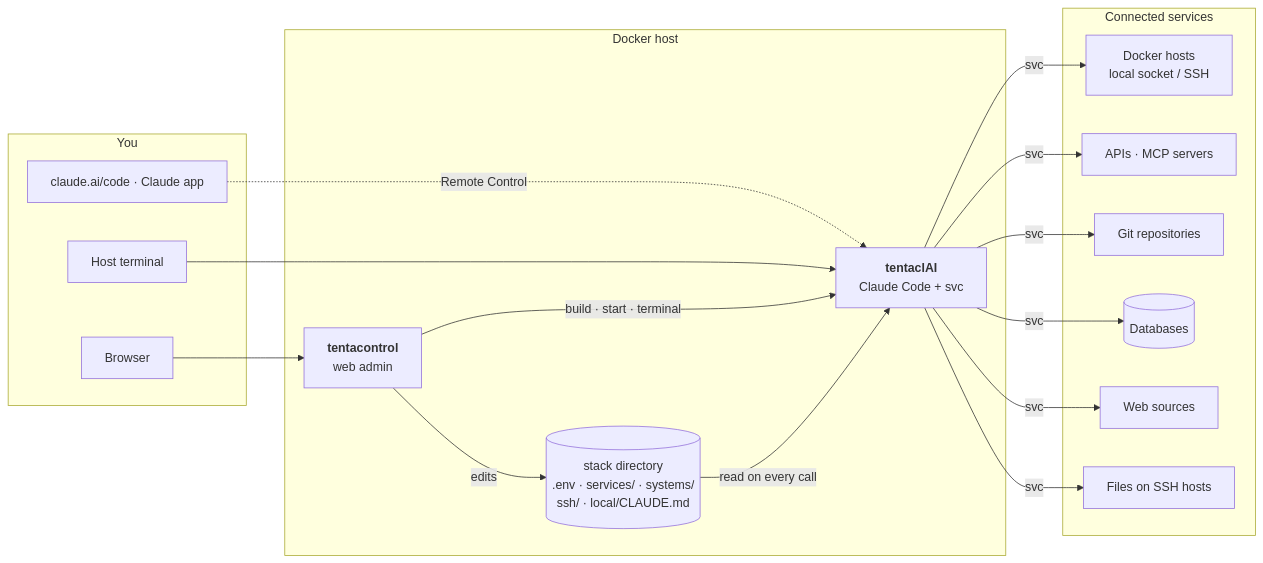
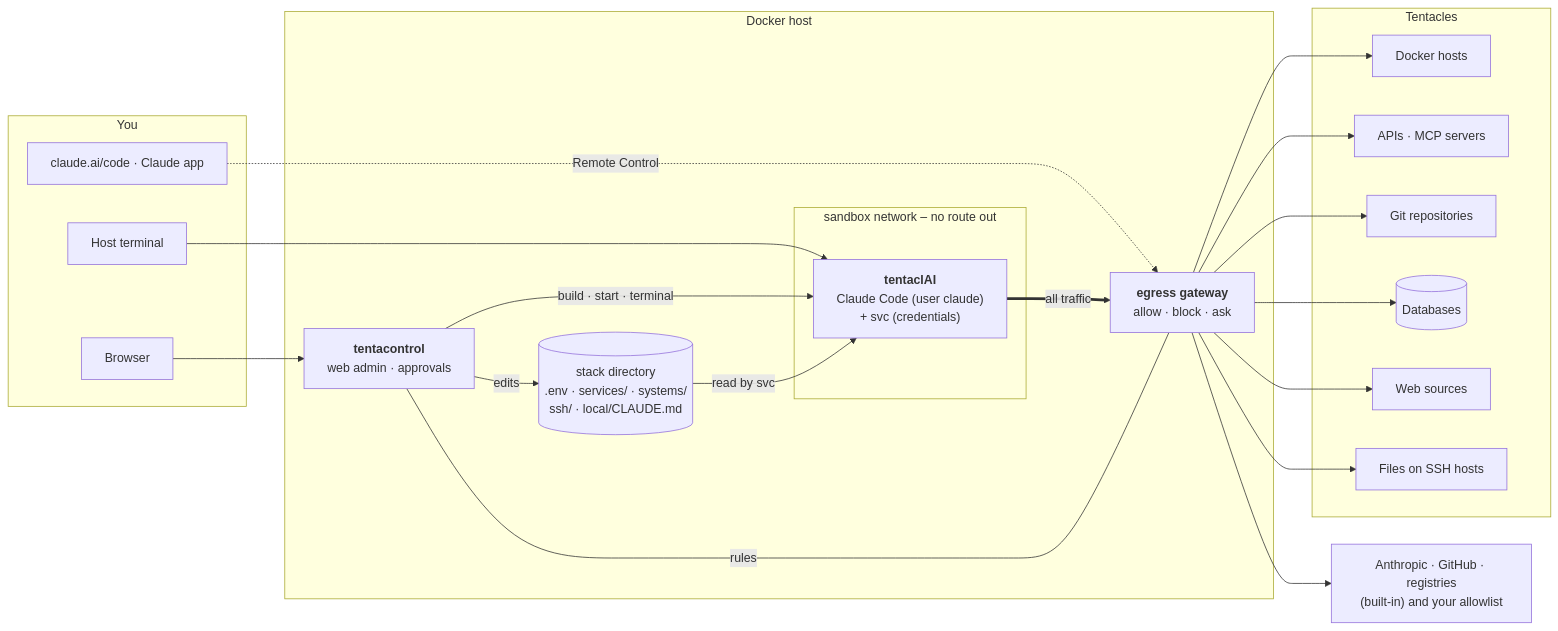
One commit to bfs2021/tentaclAI changed the diagram in README.md. Above: the diagram before and after it, drawn with Mermaid. The commit also changed other lines of this file, not shown here.

Commit message:
README: architecture with the egress gateway, three containers, Network page, two layers of control

````diff
--- a/README.md
+++ b/README.md
@@ -48,28 +48,35 @@
 ```mermaid
 flowchart LR
   subgraph you["You"]
     browser["Browser"]
     app["claude.ai/code · Claude app"]
     term["Host terminal"]
   end
   subgraph host["Docker host"]
-    control["<b>tentacontrol</b><br/>web admin"]
-    sandbox["<b>tentaclAI</b><br/>Claude Code + svc"]
+    control["<b>tentacontrol</b><br/>web admin · approvals"]
     files[("stack directory<br/>.env · services/ · systems/<br/>ssh/ · local/CLAUDE.md")]
+    subgraph inner["sandbox network – no route out"]
+      sandbox["<b>tentaclAI</b><br/>Claude Code (user claude)<br/>+ svc (credentials)"]
+    end
+    egress["<b>egress gateway</b><br/>allow · block · ask"]
   end
-  subgraph reach["Connected services"]
-    docker["Docker hosts<br/>local socket / SSH"]
+  subgraph tentacles["Tentacles"]
+    docker["Docker hosts"]
     api["APIs · MCP servers"]
     git["Git repositories"]
     db[("Databases")]
     web["Web sources"]
     fs["Files on SSH hosts"]
   end
+  net["Anthropic · GitHub · registries<br/>(built-in) and your allowlist"]
   browser --> control
-  app -. "Remote Control" .-> sandbox
+  app -. "Remote Control" .-> egress
   term --> sandbox
   control -- "build · start · terminal" --> sandbox
   control -- "edits" --> files
-  files -- "read on every call" --> sandbox
-  sandbox -->|svc| docker & api & git & db & web & fs
+  files -- "read by svc" --> sandbox
+  sandbox == "all traffic" ==> egress
+  egress -- "rules" --- control
+  egress --> docker & api & git & db & web & fs
+  egress --> net
 ```
````
